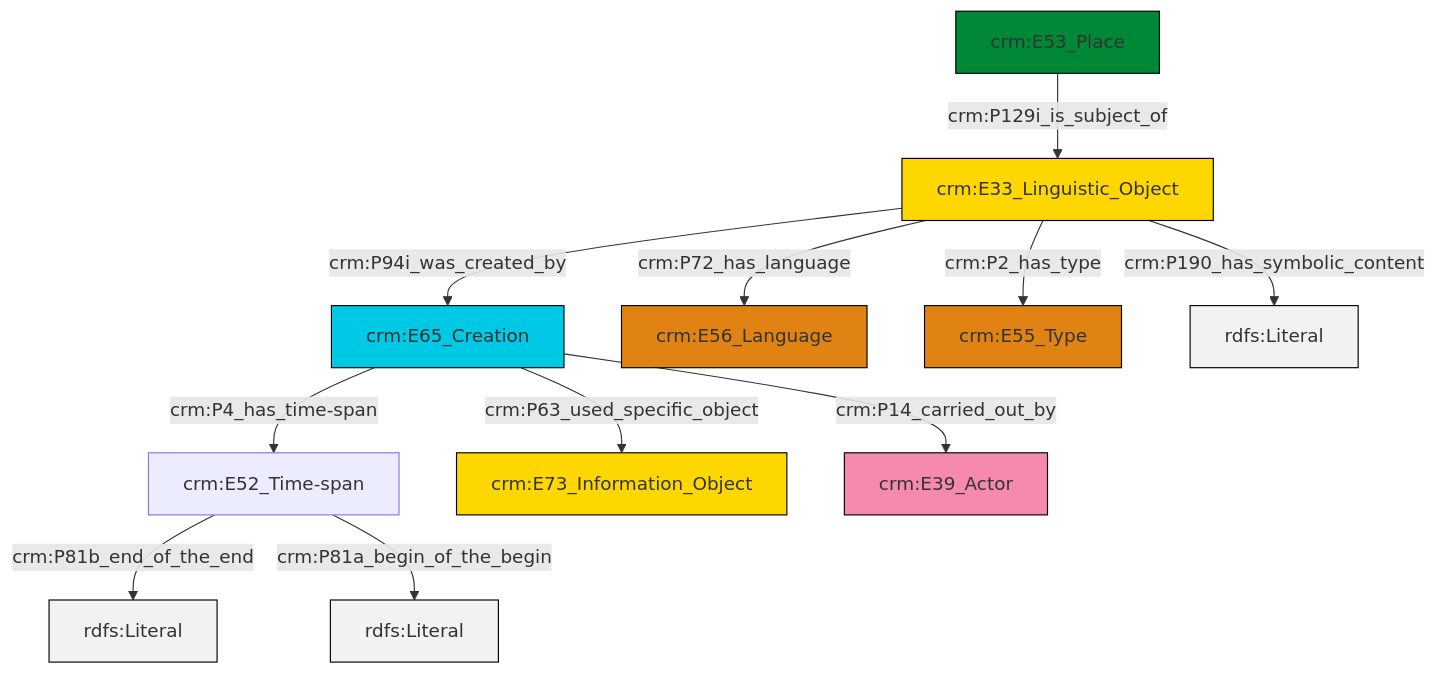
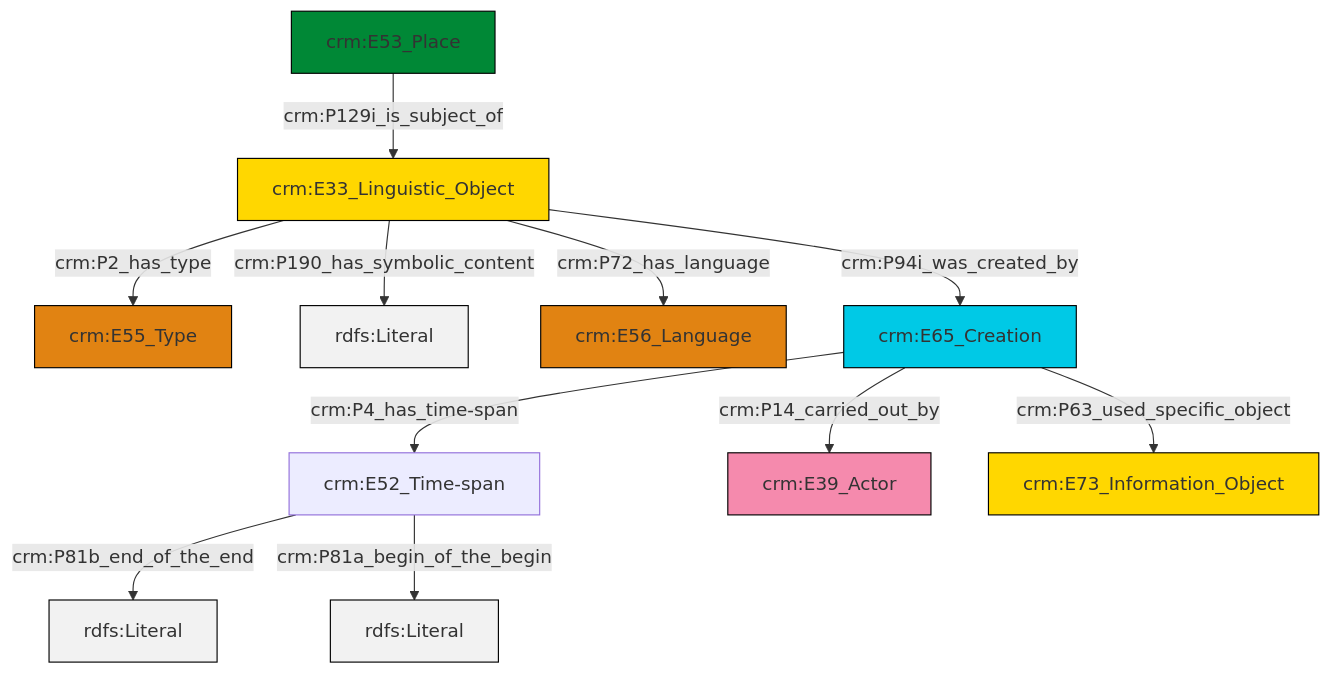
One commit to swiss-art-research-net/reference-data-models changed the diagram in et/placeCSV/ttl/mmd/place_description.ttl.mmd. Above: the diagram before and after it, drawn with Mermaid. The commit also changed 125 other files, not shown here.

```diff
--- a/et/placeCSV/ttl/mmd/place_description.ttl.mmd
+++ b/et/placeCSV/ttl/mmd/place_description.ttl.mmd
@@ -1,25 +1,25 @@
 graph TD
 classDef Literal fill:#f2f2f2,stroke:#000000;
 classDef CRM_Entity fill:#FFFFFF,stroke:#000000;
 classDef Temporal_Entity fill:#00C9E6, stroke:#000000;
 classDef Type fill:#E18312, stroke:#000000;
 classDef Time-Span fill:#2C9C91, stroke:#000000;
 classDef Appellation fill:#FFEB7F, stroke:#000000;
 classDef Place fill:#008836, stroke:#000000;
 classDef Persistent_Item fill:#B266B2, stroke:#000000;
 classDef Conceptual_Object fill:#FFD700, stroke:#000000;
 classDef Physical_Thing fill:#D2B48C, stroke:#000000;
 classDef Actor fill:#f58aad, stroke:#000000;
 classDef PC_Classes fill:#4ce600, stroke:#000000;
 classDef Multi fill:#cccccc,stroke:#000000;
 
-0["crm:E65_Creation"]:::Temporal_Entity -->|crm:P4_has_time-span| 1["crm:E52_Time-span"]:::Default
-2["crm:E33_Linguistic_Object"]:::Conceptual_Object -->|crm:P72_has_language| 3["crm:E56_Language"]:::Type
-2["crm:E33_Linguistic_Object"]:::Conceptual_Object -->|crm:P94i_was_created_by| 0["crm:E65_Creation"]:::Temporal_Entity
-7["crm:E53_Place"]:::Place -->|crm:P129i_is_subject_of| 2["crm:E33_Linguistic_Object"]:::Conceptual_Object
-1["crm:E52_Time-span"]:::Default -->|crm:P81b_end_of_the_end| 8[rdfs:Literal]:::Literal
-1["crm:E52_Time-span"]:::Default -->|crm:P81a_begin_of_the_begin| 10[rdfs:Literal]:::Literal
-0["crm:E65_Creation"]:::Temporal_Entity -->|crm:P63_used_specific_object| 13["crm:E73_Information_Object"]:::Conceptual_Object
-2["crm:E33_Linguistic_Object"]:::Conceptual_Object -->|crm:P2_has_type| 5["crm:E55_Type"]:::Type
-0["crm:E65_Creation"]:::Temporal_Entity -->|crm:P14_carried_out_by| 14["crm:E39_Actor"]:::Actor
-2["crm:E33_Linguistic_Object"]:::Conceptual_Object -->|crm:P190_has_symbolic_content| 18[rdfs:Literal]:::Literal
+0["crm:E33_Linguistic_Object"]:::Conceptual_Object -->|crm:P2_has_type| 1["crm:E55_Type"]:::Type
+0["crm:E33_Linguistic_Object"]:::Conceptual_Object -->|crm:P190_has_symbolic_content| 2[rdfs:Literal]:::Literal
+0["crm:E33_Linguistic_Object"]:::Conceptual_Object -->|crm:P72_has_language| 4["crm:E56_Language"]:::Type
+0["crm:E33_Linguistic_Object"]:::Conceptual_Object -->|crm:P94i_was_created_by| 5["crm:E65_Creation"]:::Temporal_Entity
+8["crm:E52_Time-span"]:::Default -->|crm:P81b_end_of_the_end| 9[rdfs:Literal]:::Literal
+5["crm:E65_Creation"]:::Temporal_Entity -->|crm:P63_used_specific_object| 13["crm:E73_Information_Object"]:::Conceptual_Object
+6["crm:E53_Place"]:::Place -->|crm:P129i_is_subject_of| 0["crm:E33_Linguistic_Object"]:::Conceptual_Object
+5["crm:E65_Creation"]:::Temporal_Entity -->|crm:P14_carried_out_by| 11["crm:E39_Actor"]:::Actor
+8["crm:E52_Time-span"]:::Default -->|crm:P81a_begin_of_the_begin| 16[rdfs:Literal]:::Literal
+5["crm:E65_Creation"]:::Temporal_Entity -->|crm:P4_has_time-span| 8["crm:E52_Time-span"]:::Default
```
